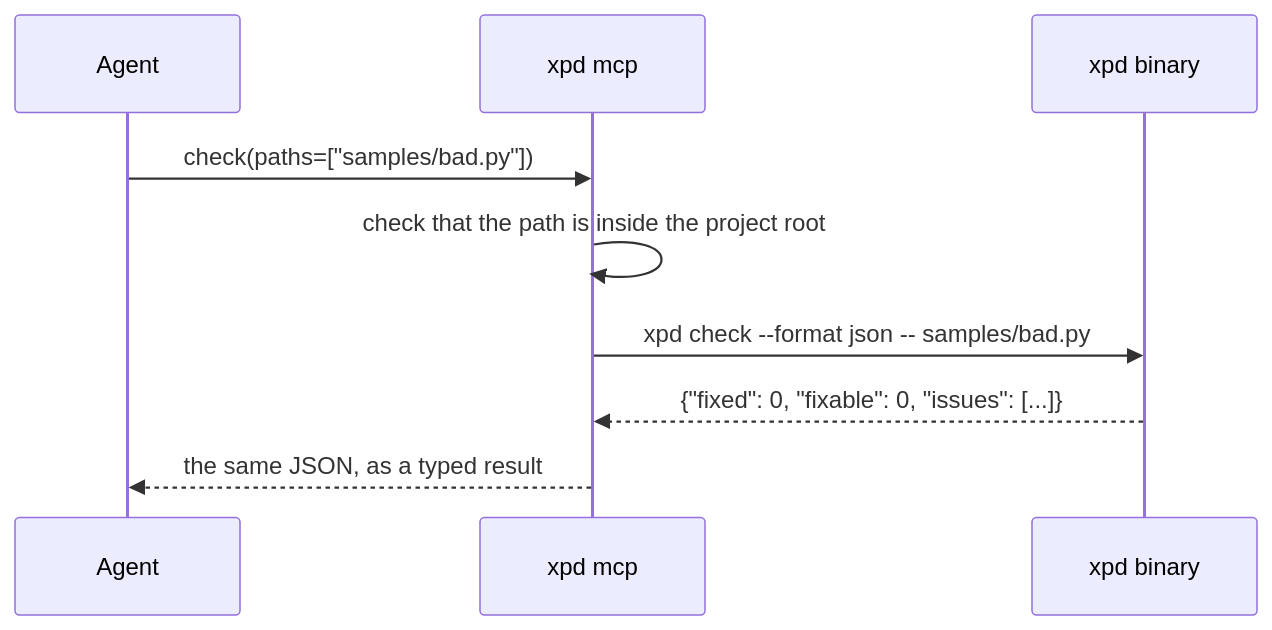
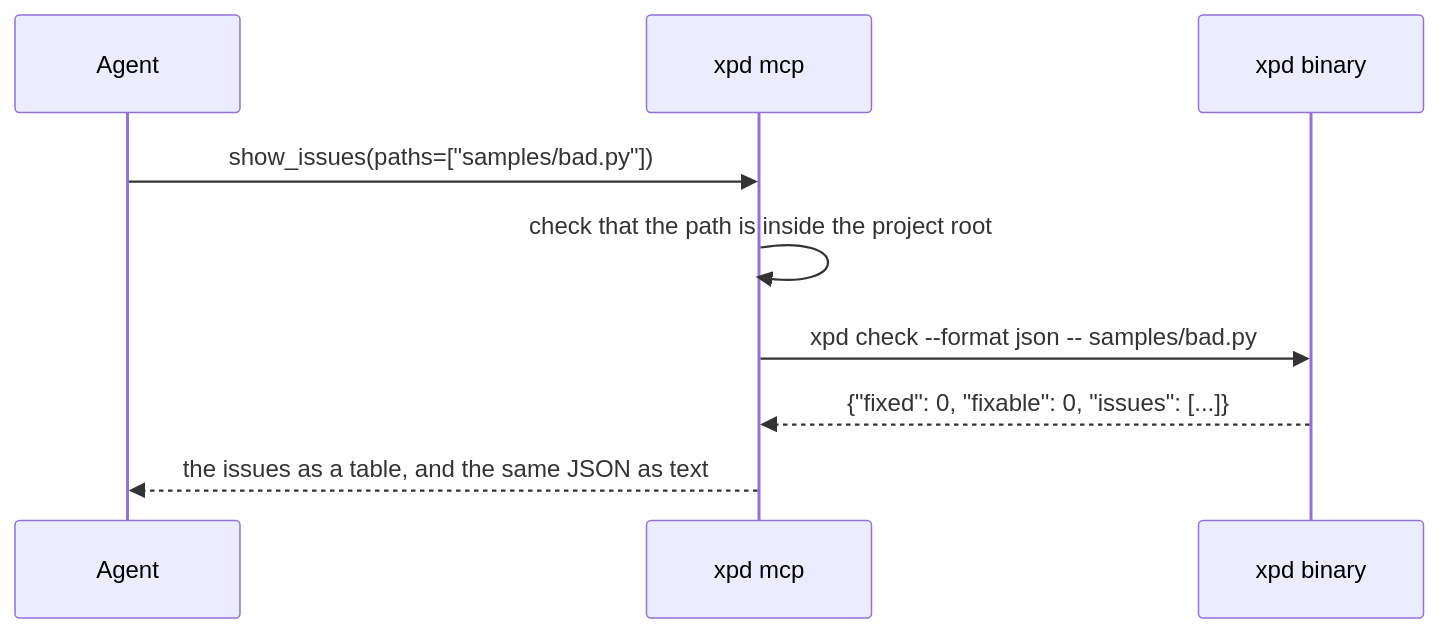
Before and after one commit to bjoernaagaard/xpd: the diagram in website/reference/mcp/index.md, drawn with Mermaid. The commit also changed other lines of this file and 58 other files, not shown here.

````diff
--- a/website/reference/mcp/index.md
+++ b/website/reference/mcp/index.md
@@ -19,11 +20,11 @@
 ```mermaid
 sequenceDiagram
     participant Agent
     participant Server as xpd mcp
     participant Binary as xpd binary
-    Agent->>Server: check(paths=["samples/bad.py"])
+    Agent->>Server: show_issues(paths=["samples/bad.py"])
     Server->>Server: check that the path is inside the project root
     Server->>Binary: xpd check --format json -- samples/bad.py
     Binary-->>Server: {"fixed": 0, "fixable": 0, "issues": [...]}
-    Server-->>Agent: the same JSON, as a typed result
+    Server-->>Agent: the issues as a table, and the same JSON as text
 ```
````
